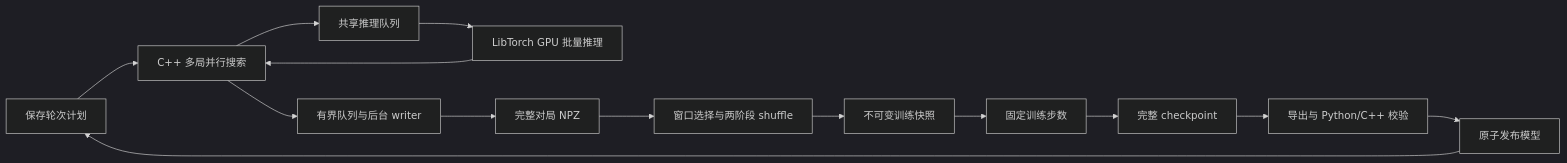
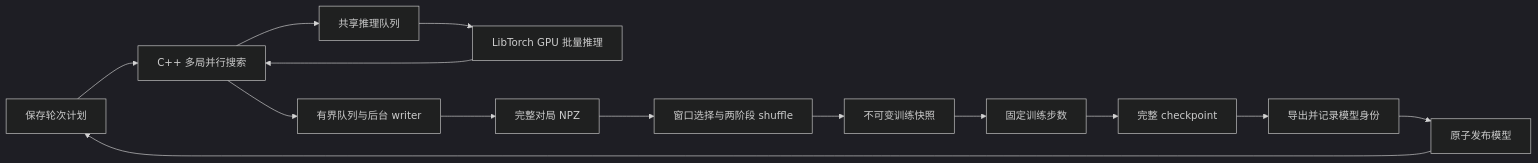
Before and after one commit to Skywalker144/EtaZero-lab: the diagram in EtaZero_V1/docs/implementation.md, drawn with Mermaid (dark theme). The commit also changed other lines of this file, not shown here.

````diff
--- a/EtaZero_V1/docs/implementation.md
+++ b/EtaZero_V1/docs/implementation.md
@@ -13,16 +13,16 @@
 ```mermaid
 flowchart LR
     C[保存轮次计划] --> G[C++ 多局并行搜索]
     G --> Q[共享推理队列]
     Q --> I[LibTorch GPU 批量推理]
     I --> G
     G --> W[有界队列与后台 writer]
     W --> R[完整对局 NPZ]
     R --> H[窗口选择与两阶段 shuffle]
     H --> D[不可变训练快照]
     D --> T[固定训练步数]
     T --> K[完整 checkpoint]
-    K --> E[导出与 Python/C++ 校验]
+    K --> E[导出并记录模型身份]
     E --> M[原子发布模型]
     M --> C
 ```
````
